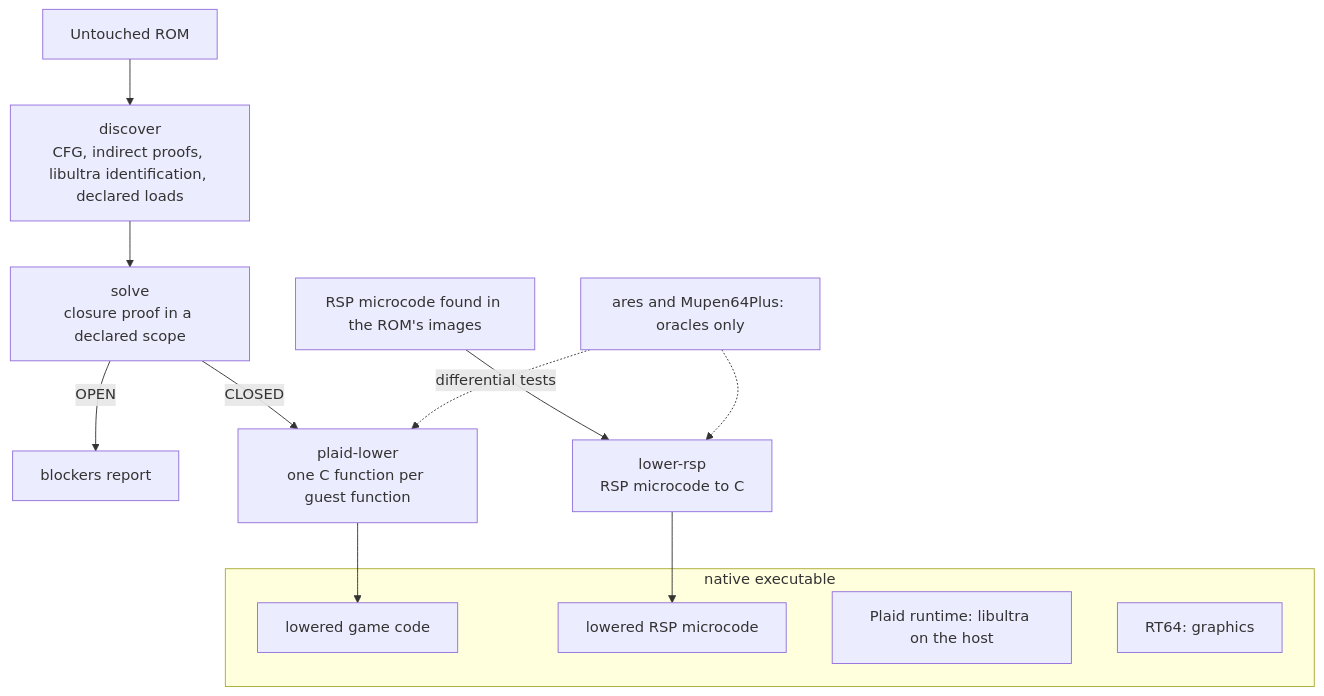
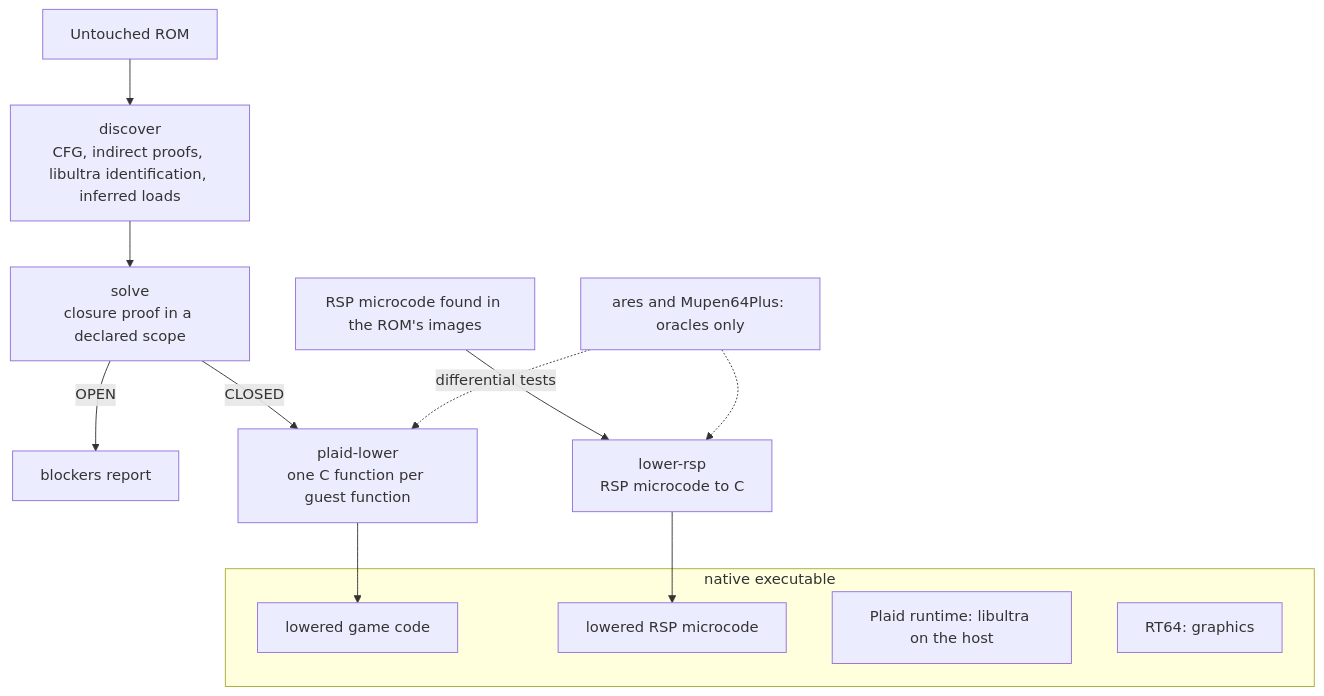
One commit to sting-raider/Plaid changed the diagram in README.md. Above: the diagram before and after it, drawn with Mermaid. The commit also changed other lines of this file, not shown here.

````diff
--- a/README.md
+++ b/README.md
@@ -212,18 +75,18 @@
 ```mermaid
 flowchart TD
-  rom[Untouched ROM] --> discover["discover<br/>CFG, indirect proofs, libultra identification, declared loads"]
+  rom[Untouched ROM] --> discover["discover<br/>CFG, indirect proofs, libultra identification, inferred loads"]
   discover --> solve["solve<br/>closure proof in a declared scope"]
   solve -->|OPEN| stop[blockers report]
   solve -->|CLOSED| lower["plaid-lower<br/>one C function per guest function"]
   romtexts[RSP microcode found in the ROM's images] --> rsplower["lower-rsp<br/>RSP microcode to C"]
   subgraph exe[native executable]
     game[lowered game code]
     rsp[lowered RSP microcode]
     rt[Plaid runtime: libultra on the host]
     rt64[RT64: graphics]
   end
   lower --> game
   rsplower --> rsp
   oracle[ares and Mupen64Plus: oracles only] -.->|differential tests| lower
   oracle -.-> rsplower
 ```
````
